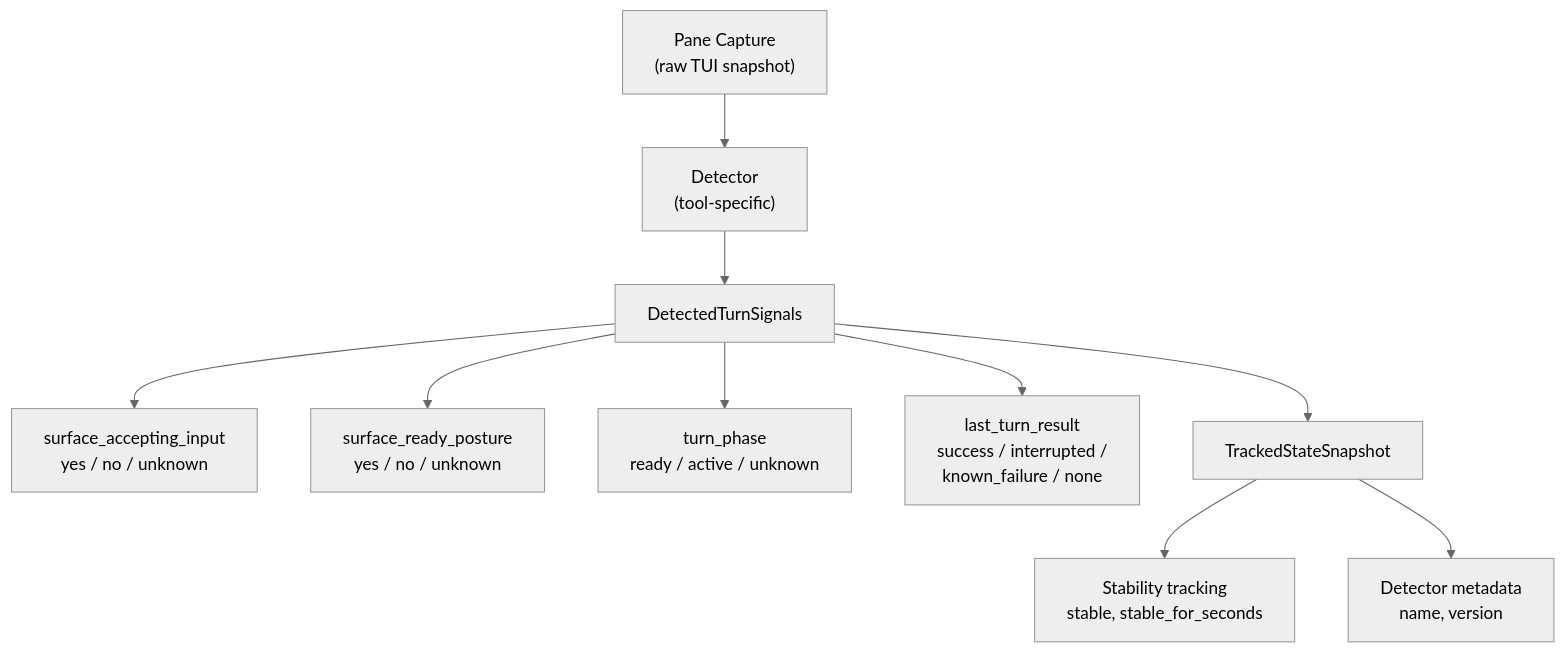
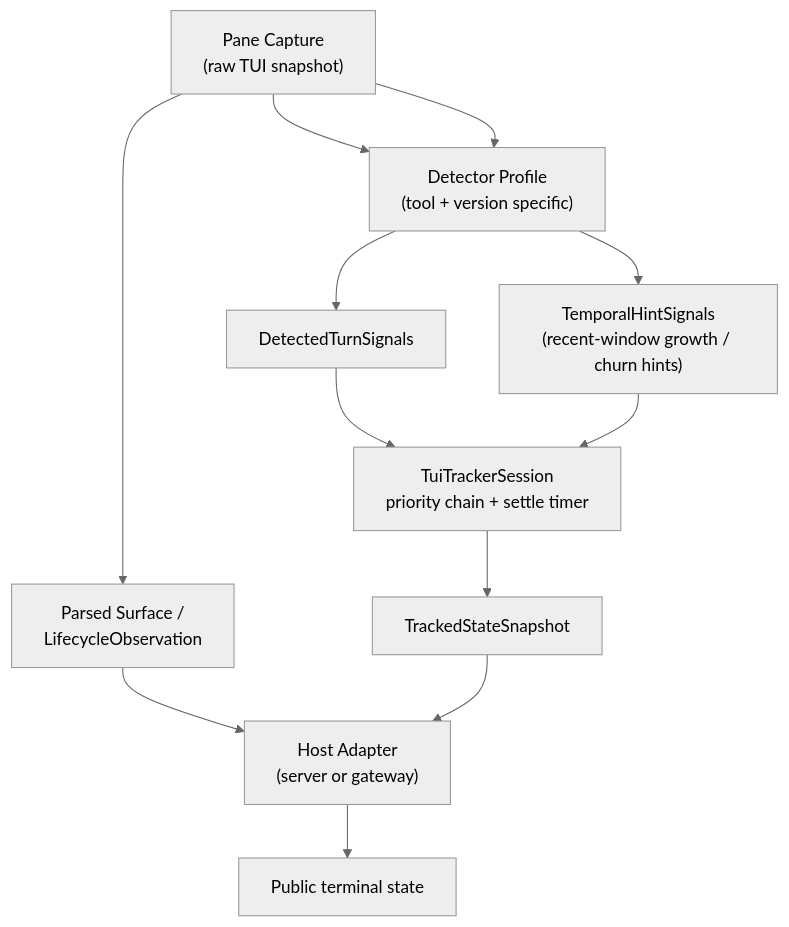
One commit to igamenovoer/houmao changed the first of 2 diagrams in docs/reference/tui-tracking/state-model.md. Above: the diagram before and after it, drawn with Mermaid (neutral theme). The commit also changed other lines of this file and 66 other files, not shown here.

````diff
--- a/docs/reference/tui-tracking/state-model.md
+++ b/docs/reference/tui-tracking/state-model.md
@@ -7,22 +7,20 @@
 ```mermaid
 flowchart TD
     PC["Pane Capture<br/>(raw TUI snapshot)"]
-    DET["Detector<br/>(tool-specific)"]
+    DET["Detector Profile<br/>(tool + version specific)"]
     DTS["DetectedTurnSignals"]
-    SAI["surface_accepting_input<br/>yes / no / unknown"]
-    SRP["surface_ready_posture<br/>yes / no / unknown"]
-    TP["turn_phase<br/>ready / active / unknown"]
-    LTR["last_turn_result<br/>success / interrupted /<br/>known_failure / none"]
+    TH["TemporalHintSignals<br/>(recent-window growth / churn hints)"]
+    TTS["TuiTrackerSession<br/>priority chain + settle timer"]
     TSS["TrackedStateSnapshot"]
-    STB["Stability tracking<br/>stable, stable_for_seconds"]
-    META["Detector metadata<br/>name, version"]
+    PAR["Parsed Surface /<br/>LifecycleObservation"]
+    HOST["Host Adapter<br/>(server or gateway)"]
+    PUB["Public terminal state"]
 
     PC --> DET --> DTS
-    DTS --> SAI
-    DTS --> SRP
-    DTS --> TP
-    DTS --> LTR
-    DTS --> TSS
-    TSS --> STB
-    TSS --> META
+    PC --> DET --> TH
+    DTS --> TTS
+    TH --> TTS
+    TTS --> TSS
+    PC --> PAR --> HOST
+    TSS --> HOST --> PUB
 ```
````
